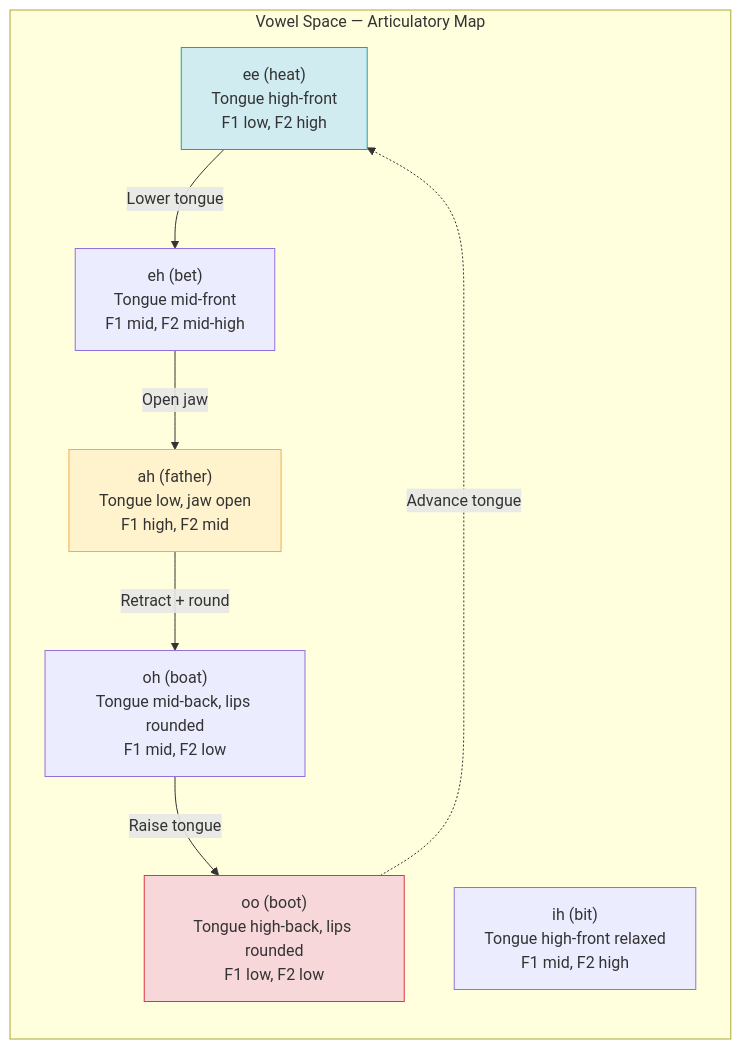
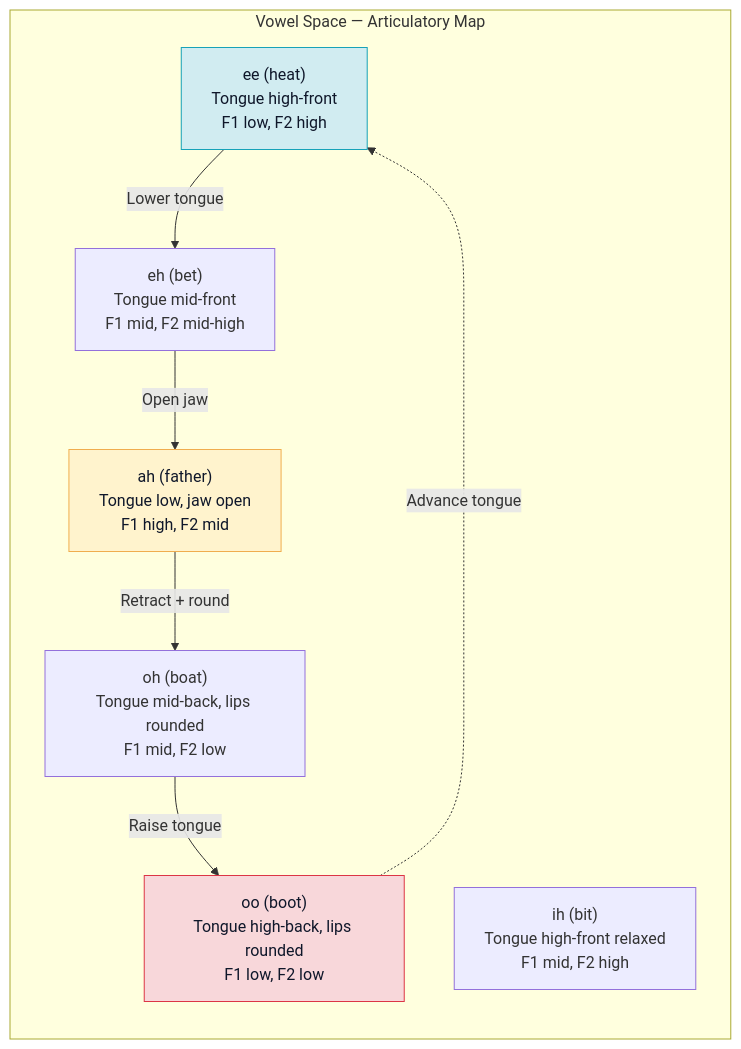
Before and after one commit to blebleblee/synapse: the third of 5 diagrams in topics/arts/music_performance/vocals/lesson_01_vocal_anatomy.md, drawn with Mermaid. The commit also changed other lines of this file and 1464 other files, not shown here.

Commit message:
feat(release): curriculum vector mermaid upgrade, render hardening, and master synpack

````diff
--- a/topics/arts/music_performance/vocals/lesson_01_vocal_anatomy.md
+++ b/topics/arts/music_performance/vocals/lesson_01_vocal_anatomy.md
@@ -229,22 +229,22 @@
 ```mermaid
 graph TB
     subgraph sub_vowel_space ["Vowel Space — Articulatory Map"]
         direction TB
         V1["ee (heat)<br/>Tongue high-front<br/>F1 low, F2 high"]
         V2["ih (bit)<br/>Tongue high-front relaxed<br/>F1 mid, F2 high"]
         V3["eh (bet)<br/>Tongue mid-front<br/>F1 mid, F2 mid-high"]
         V4["ah (father)<br/>Tongue low, jaw open<br/>F1 high, F2 mid"]
         V5["oh (boat)<br/>Tongue mid-back, lips rounded<br/>F1 mid, F2 low"]
         V6["oo (boot)<br/>Tongue high-back, lips rounded<br/>F1 low, F2 low"]
     end
 
     V1 -->|"Lower tongue"| V3
     V3 -->|"Open jaw"| V4
     V4 -->|"Retract + round"| V5
     V5 -->|"Raise tongue"| V6
     V6 -.->|"Advance tongue"| V1
 
-    style V4 fill:#fff3cd,stroke:#f0ad4e
-    style V1 fill:#d1ecf1,stroke:#17a2b8
-    style V6 fill:#f8d7da,stroke:#dc3545
+    style V4 fill:#fff3cd,stroke:#f0ad4e,color:#0f172a
+    style V1 fill:#d1ecf1,stroke:#17a2b8,color:#0f172a
+    style V6 fill:#f8d7da,stroke:#dc3545,color:#0f172a
 ```
````
